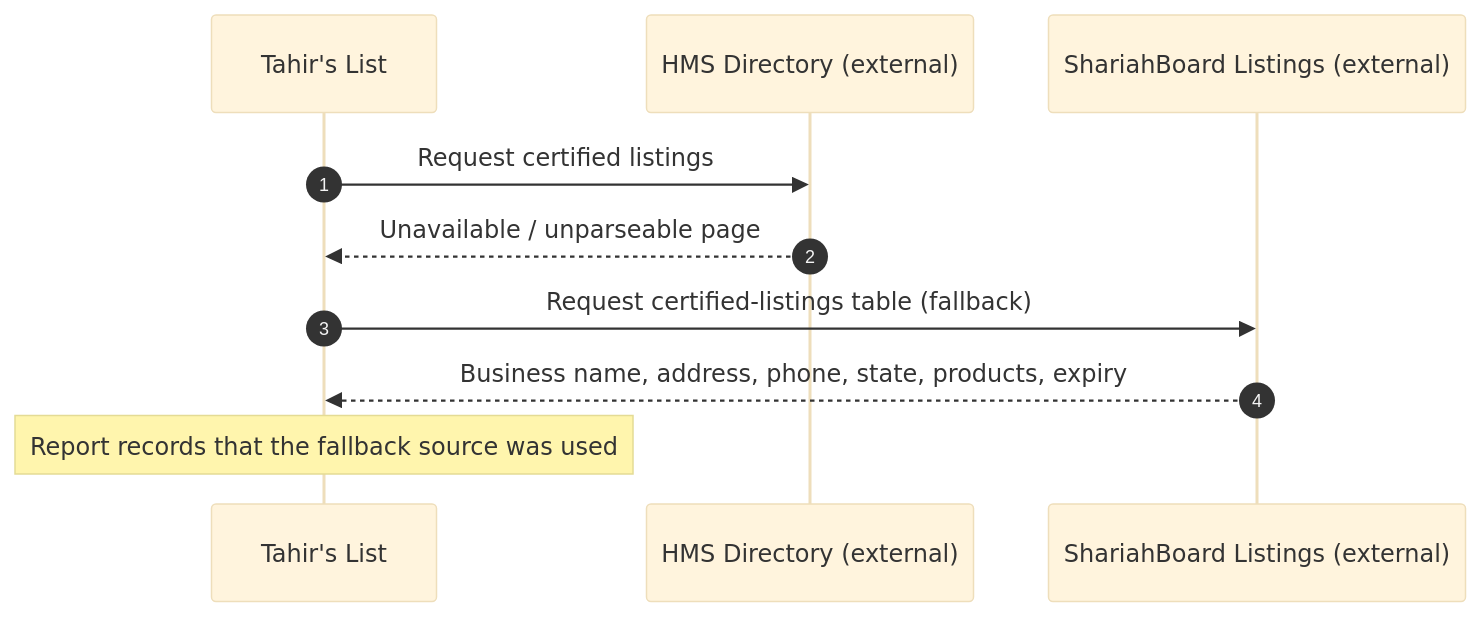
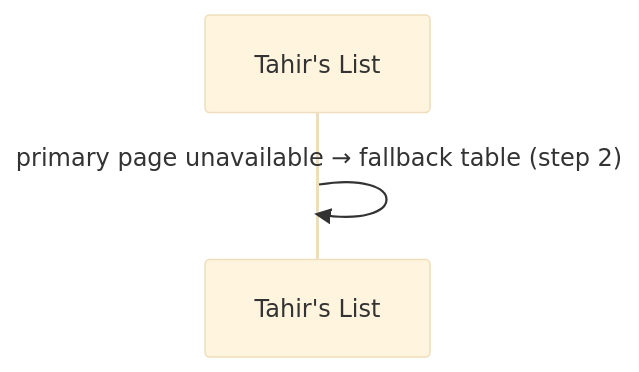
The third of 10 diagrams in docs/features/SC-211/04-blackbox/UC-01-run-sample-directory-ingestion.md (Losers-Lab/tahirs-list), drawn with Mermaid (base theme) before and after one commit. The commit also changed other lines of this file and 14 other files, not shown here.

Commit message:
[SC-211] Retrofit design to diagram-first format

````diff
--- a/docs/features/SC-211/04-blackbox/UC-01-run-sample-directory-ingestion.md
+++ b/docs/features/SC-211/04-blackbox/UC-01-run-sample-directory-ingestion.md
@@ -58,12 +36,5 @@
 ```mermaid
 sequenceDiagram
-  autonumber
   participant TL as Tahir's List
-  participant HMS as HMS Directory (external)
-  participant SB as ShariahBoard Listings (external)
-  TL->>HMS: Request certified listings
-  HMS-->>TL: Unavailable / unparseable page
-  TL->>SB: Request certified-listings table (fallback)
-  SB-->>TL: Business name, address, phone, state, products, expiry
-  Note over TL: Report records that the fallback source was used
+  TL->>TL: primary page unavailable → fallback table (step 2)
 ```
````
